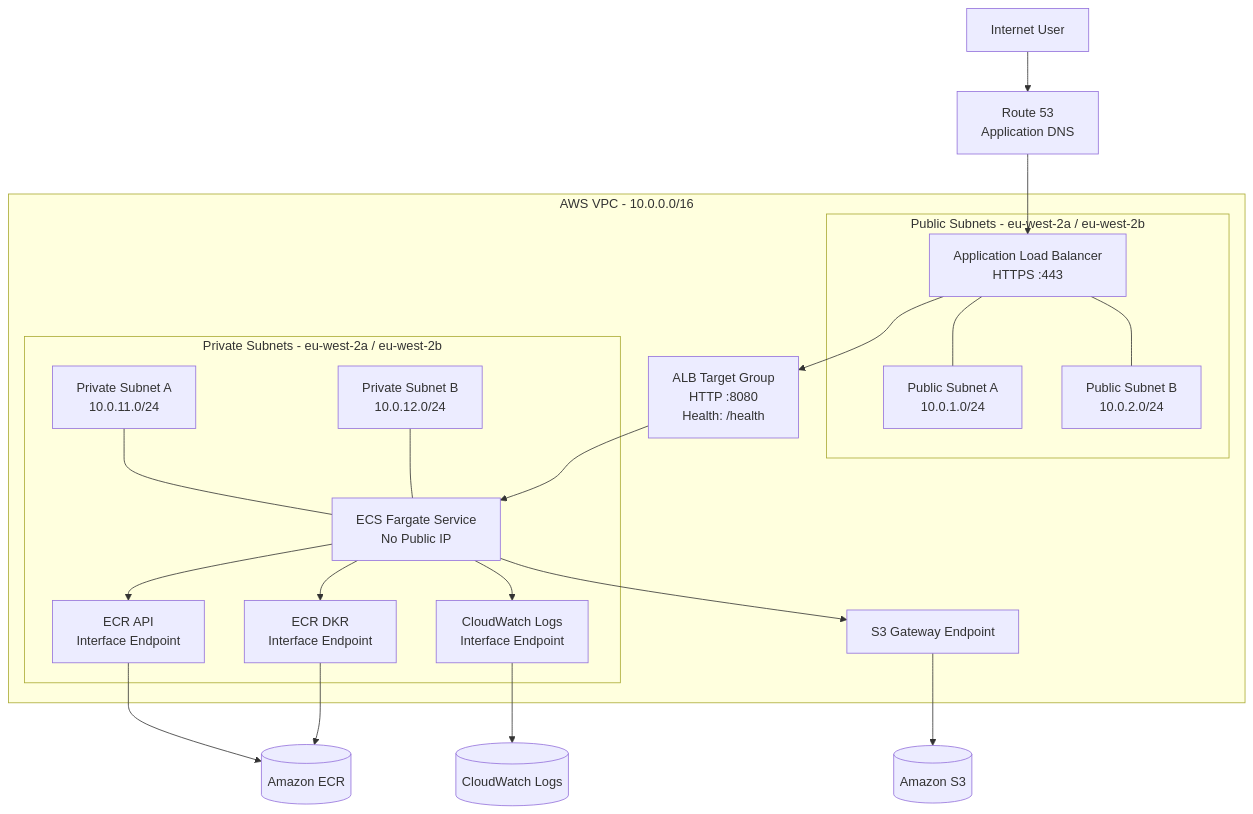
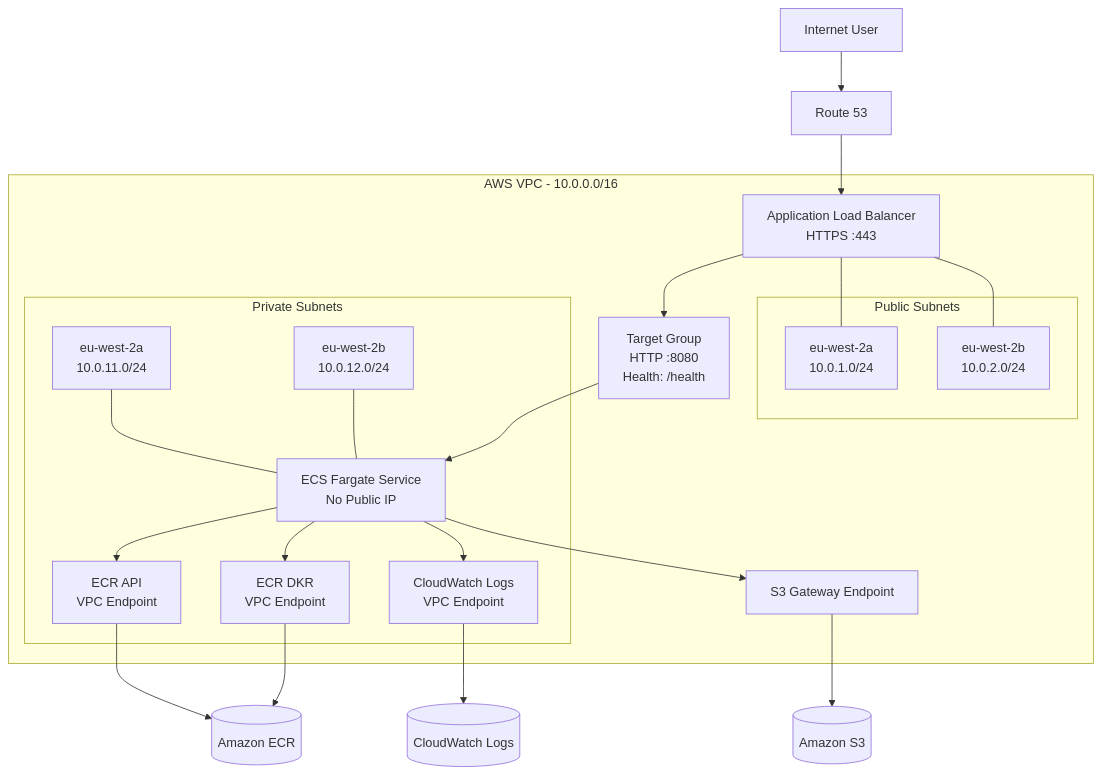
Before and after one commit to CloudRizz/it-tools-ecs-platform: the first of 2 diagrams in README.md, drawn with Mermaid. The commit also changed other lines of this file and 1 other file, not shown here.

````diff
--- a/README.md
+++ b/README.md
@@ -58,56 +89,56 @@
 ```mermaid
 flowchart TB
 
     USER[Internet User]
-    DNS[Route 53<br/>Application DNS]
+    DNS[Route 53]
     ALB[Application Load Balancer<br/>HTTPS :443]
 
     USER --> DNS
     DNS --> ALB
 
     subgraph VPC["AWS VPC - 10.0.0.0/16"]
 
-        subgraph PUBLIC["Public Subnets - eu-west-2a / eu-west-2b"]
-            PA[Public Subnet A<br/>10.0.1.0/24]
-            PB[Public Subnet B<br/>10.0.2.0/24]
-
-            ALB --- PA
-            ALB --- PB
+        subgraph PUBLIC["Public Subnets"]
+            PA[eu-west-2a<br/>10.0.1.0/24]
+            PB[eu-west-2b<br/>10.0.2.0/24]
         end
 
-        TG[ALB Target Group<br/>HTTP :8080<br/>Health: /health]
+        ALB --- PA
+        ALB --- PB
 
-        subgraph PRIVATE["Private Subnets - eu-west-2a / eu-west-2b"]
-            PRA[Private Subnet A<br/>10.0.11.0/24]
-            PRB[Private Subnet B<br/>10.0.12.0/24]
+        TG[Target Group<br/>HTTP :8080<br/>Health: /health]
+
+        subgraph PRIVATE["Private Subnets"]
+            PRA[eu-west-2a<br/>10.0.11.0/24]
+            PRB[eu-west-2b<br/>10.0.12.0/24]
 
             ECS[ECS Fargate Service<br/>No Public IP]
 
-            PRA --- ECS
-            PRB --- ECS
+            ECRAPI[ECR API<br/>VPC Endpoint]
+            ECRDKR[ECR DKR<br/>VPC Endpoint]
+            LOGS[CloudWatch Logs<br/>VPC Endpoint]
+        end
 
-            ECRAPI[ECR API<br/>Interface Endpoint]
-            ECRDKR[ECR DKR<br/>Interface Endpoint]
-            LOGSEP[CloudWatch Logs<br/>Interface Endpoint]
-        end
+        PRA --- ECS
+        PRB --- ECS
 
         S3EP[S3 Gateway Endpoint]
 
         ALB --> TG
         TG --> ECS
 
         ECS --> ECRAPI
         ECS --> ECRDKR
-        ECS --> LOGSEP
+        ECS --> LOGS
         ECS --> S3EP
     end
 
     ECR[(Amazon ECR)]
     CW[(CloudWatch Logs)]
     S3[(Amazon S3)]
 
     ECRAPI --> ECR
     ECRDKR --> ECR
-    LOGSEP --> CW
+    LOGS --> CW
     S3EP --> S3
 ```
````
